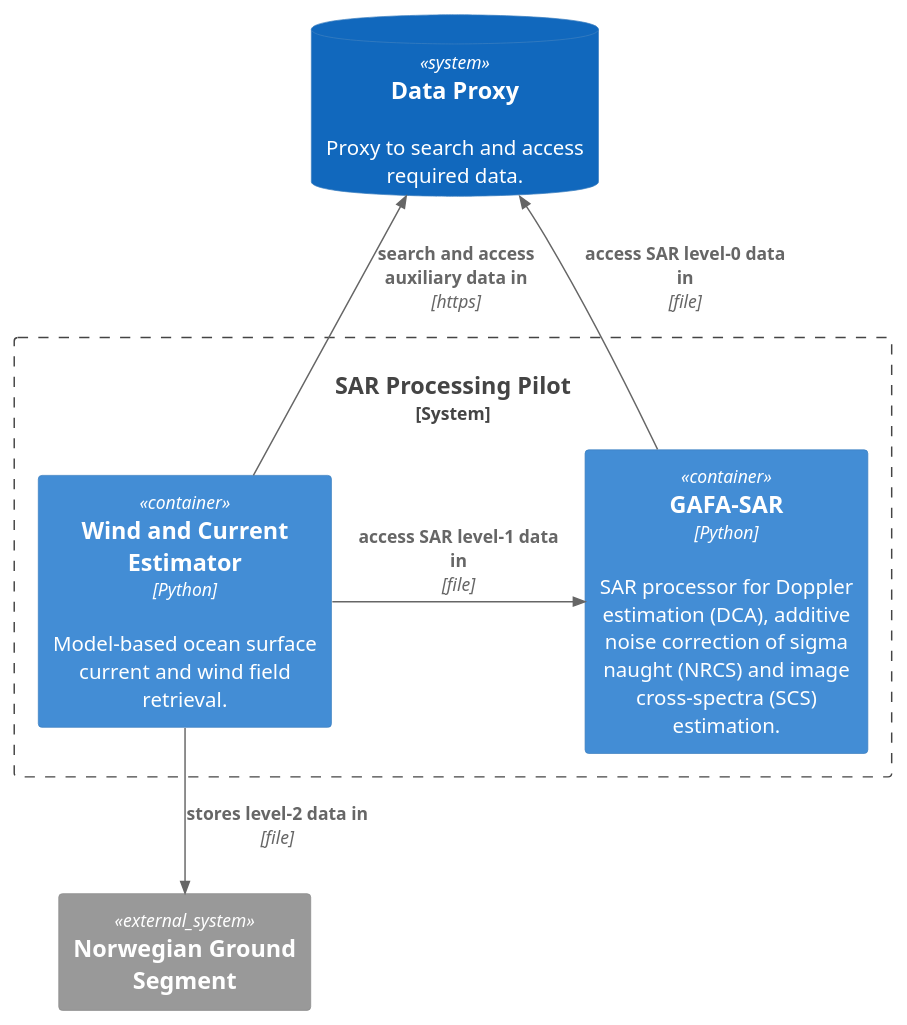
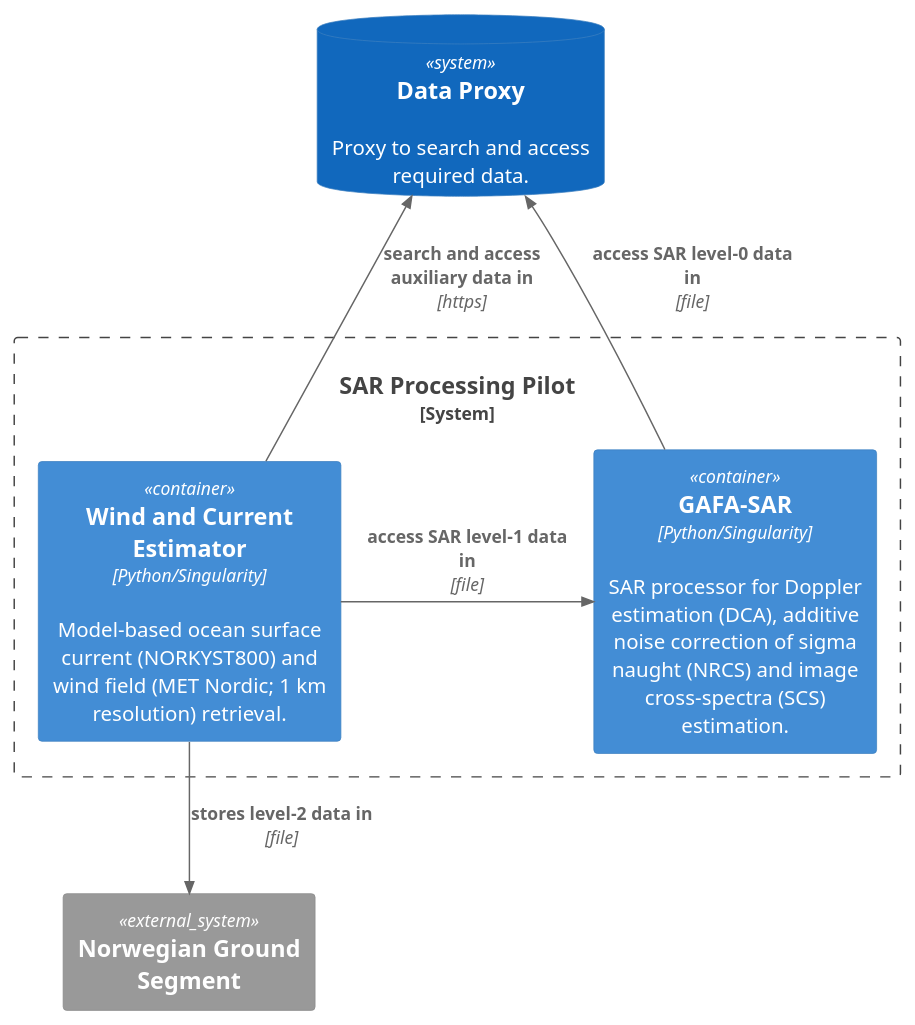
Before and after one commit to metno/esa-coscaw-architecture: the diagram in puml/sar-processing-container-diagram.puml, drawn with PlantUML. The commit also changed 7 other files, not shown here.

Commit message:
Add diagram to README

```diff
--- a/puml/sar-processing-container-diagram.puml
+++ b/puml/sar-processing-container-diagram.puml
@@ -1,25 +1,25 @@
 @startuml sar-processing-container-diagram
 !include https://raw.githubusercontent.com/plantuml-stdlib/C4-PlantUML/master/C4_Container.puml
 
 LAYOUT_TOP_DOWN()
 'LAYOUT_LEFT_RIGHT()
 
 
 System_Ext(nbs, "Norwegian Ground Segment")
 
 SystemDb(data, "Data Proxy", "Proxy to search and access required data.")
 
 System_Boundary(sarproc, "SAR Processing Pilot"){
 
-  Container(gafasar, "GAFA-SAR", "Python", "SAR processor for Doppler estimation (DCA), additive noise correction of sigma naught (NRCS) and image cross-spectra (SCS) estimation.")
-  Container(coscaw, "Wind and Current Estimator", "Python", "Model-based ocean surface current and wind field retrieval.")
+  Container(gafasar, "GAFA-SAR", "Python/Singularity", "SAR processor for Doppler estimation (DCA), additive noise correction of sigma naught (NRCS) and image cross-spectra (SCS) estimation.")
+  Container(coscaw, "Wind and Current Estimator", "Python/Singularity", "Model-based ocean surface current (NORKYST800) and wind field (MET Nordic; 1 km resolution) retrieval.")
 
 }
 
 Rel_D(coscaw, nbs, "stores level-2 data in", "file")
 
 Rel_U(gafasar, data, "access SAR level-0 data in", "file")
 Rel_U(coscaw, data, "search and access auxiliary data in", "https")
 Rel_R(coscaw, gafasar, "access SAR level-1 data in", "file")
 
 @enduml
```
